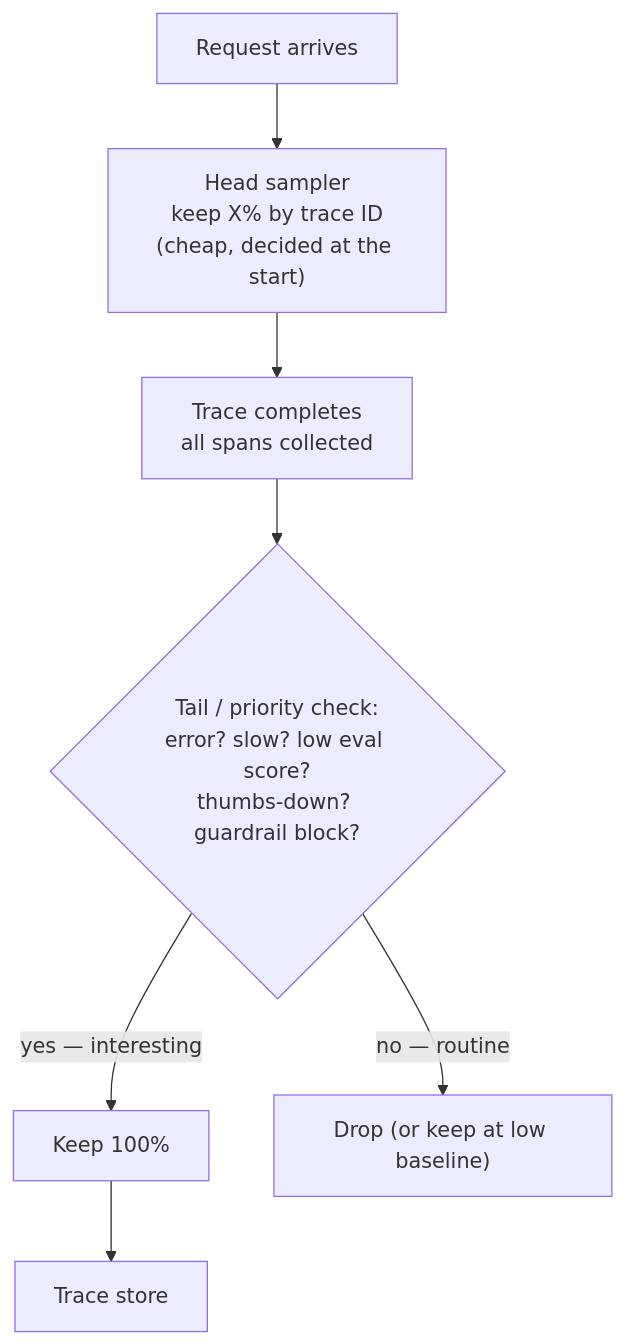
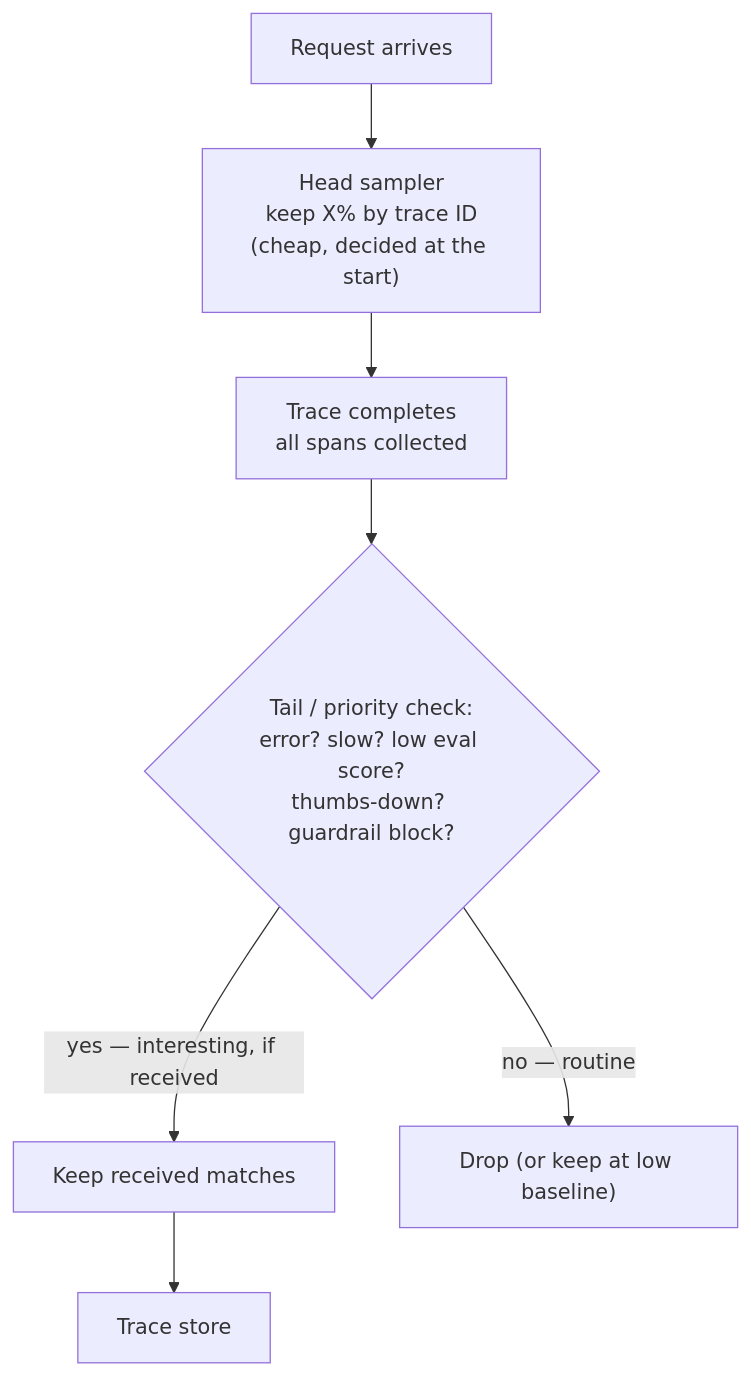
Before and after one commit to NikolaiSachok/ai-engineering-handbook: the first of 2 diagrams in docs/part-1-rag/cross-cutting/observability/deep-dive.md, drawn with Mermaid. The commit also changed other lines of this file and 94 other files, not shown here.

````diff
--- a/docs/part-1-rag/cross-cutting/observability/deep-dive.md
+++ b/docs/part-1-rag/cross-cutting/observability/deep-dive.md
@@ -25,9 +25,9 @@
 ```mermaid
 flowchart TB
     Q["Request arrives"] --> H["Head sampler<br/>keep X% by trace ID<br/>(cheap, decided at the start)"]
     H --> C["Trace completes<br/>all spans collected"]
     C --> T{"Tail / priority check:<br/>error? slow? low eval score?<br/>thumbs-down? guardrail block?"}
-    T -->|"yes — interesting"| K["Keep 100%"]
+    T -->|"yes — interesting, if received"| K["Keep received matches"]
     T -->|"no — routine"| D["Drop (or keep at low baseline)"]
     K --> S["Trace store"]
 ```
````
